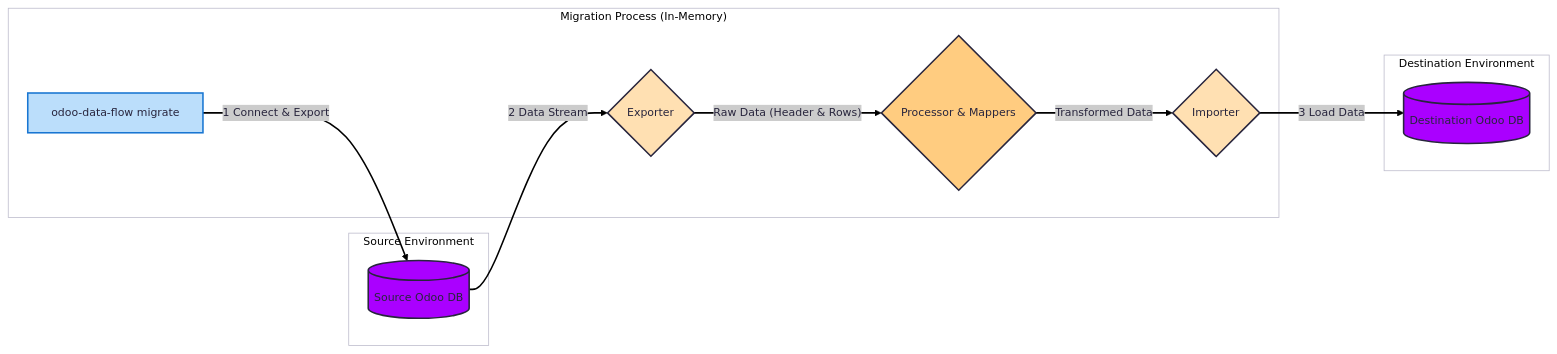
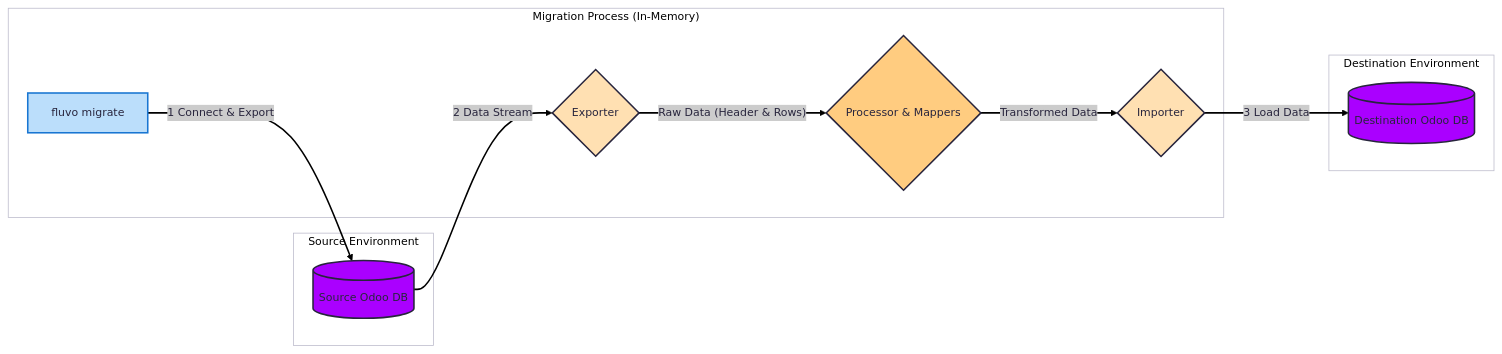
One commit to GetFluvo/fluvo changed the diagram in docs/guides/server_to_server_migration.md. Above: the diagram before and after it, drawn with Mermaid. The commit also changed other lines of this file and 144 other files, not shown here.

Commit message:
Rebrand odoo-data-flow → Fluvo; add LGPL attribution (odoo_csv_import) & CLA

````diff
--- a/docs/guides/server_to_server_migration.md
+++ b/docs/guides/server_to_server_migration.md
@@ -9,34 +9,34 @@
 ```{mermaid}
 ---
 config:
   theme: redux
 ---
 flowchart LR
  subgraph subGraph0["Source Environment"]
         A[("Source Odoo DB")]
   end
  subgraph subGraph1["Destination Environment"]
         F[("Destination Odoo DB")]
   end
  subgraph subGraph2["Migration Process (In-Memory)"]
-        B["odoo-data-flow migrate"]
+        B["fluvo migrate"]
         C{"Exporter"}
         D{"Processor & Mappers"}
         E{"Importer"}
   end
     B -- 1 Connect & Export --> A
     A -- 2 Data Stream --> C
     C -- Raw Data (Header & Rows) --> D
     D -- Transformed Data --> E
     E -- 3 Load Data --> F
     style A fill:#AA00FF
     style F fill:#AA00FF
     style B fill:#BBDEFB,stroke:#1976D2
     style C fill:#FFE0B2
     style D fill:#FFCC80
     style E fill:#FFE0B2
     style subGraph2 fill:transparent
     style subGraph0 fill:transparent
     style subGraph1 fill:transparent
 
 ```
````
